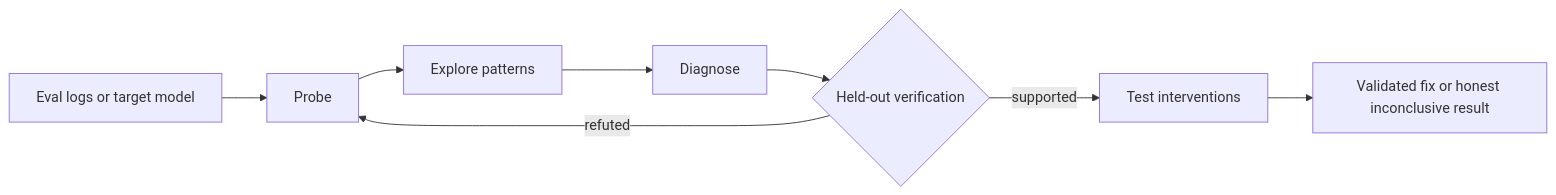
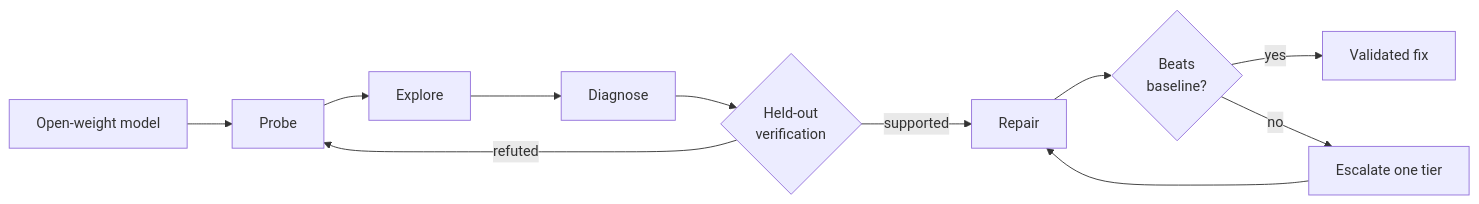
One commit to evalvitals/evalrx changed the diagram in README.md. Above: the diagram before and after it, drawn with Mermaid. The commit also changed other lines of this file, not shown here.

````diff
--- a/README.md
+++ b/README.md
@@ -49,10 +26,13 @@
 ```mermaid
 flowchart LR
-    A[Eval logs or target model] --> B[Probe]
-    B --> C[Explore patterns]
+    A[Open-weight model] --> B[Probe]
+    B --> C[Explore]
     C --> D[Diagnose]
-    D --> E{Held-out verification}
-    E -->|supported| F[Test interventions]
+    D --> E{Held-out<br/>verification}
     E -->|refuted| B
-    F --> G[Validated fix or honest inconclusive result]
+    E -->|supported| F[Repair]
+    F --> G{Beats<br/>baseline?}
+    G -->|yes| H[Validated fix]
+    G -->|no| I[Escalate one tier]
+    I --> F
 ```
````
